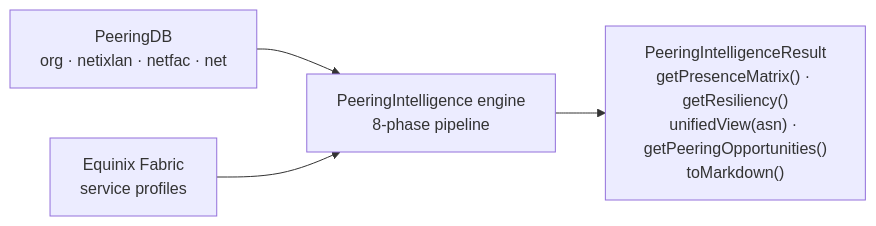
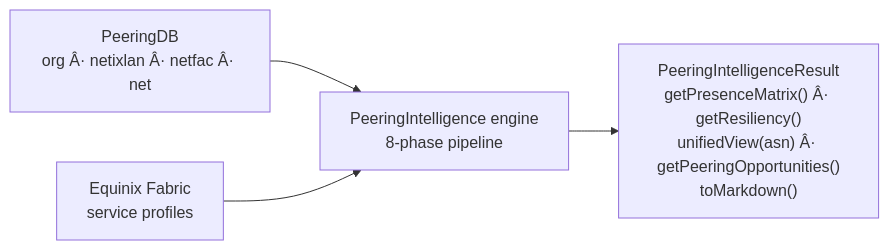
One commit to iantjones/equinix-java-sdk changed the first of 3 diagrams in README.md. Above: the diagram before and after it, drawn with Mermaid. The commit also changed other lines of this file and 1 other file, not shown here.

````diff
--- a/README.md
+++ b/README.md
@@ -1001,10 +1001,10 @@
 ```mermaid
 flowchart LR
-    pdb["PeeringDB<br/>org · netixlan · netfac · net"]
+    pdb["PeeringDB<br/>org Â· netixlan Â· netfac Â· net"]
     fab["Equinix Fabric<br/>service profiles"]
     engine["PeeringIntelligence engine<br/>8-phase pipeline"]
-    result["PeeringIntelligenceResult<br/>getPresenceMatrix() · getResiliency()<br/>unifiedView(asn) · getPeeringOpportunities()<br/>toMarkdown()"]
+    result["PeeringIntelligenceResult<br/>getPresenceMatrix() Â· getResiliency()<br/>unifiedView(asn) Â· getPeeringOpportunities()<br/>toMarkdown()"]
     pdb --> engine
     fab --> engine
     engine --> result
 ```
````
